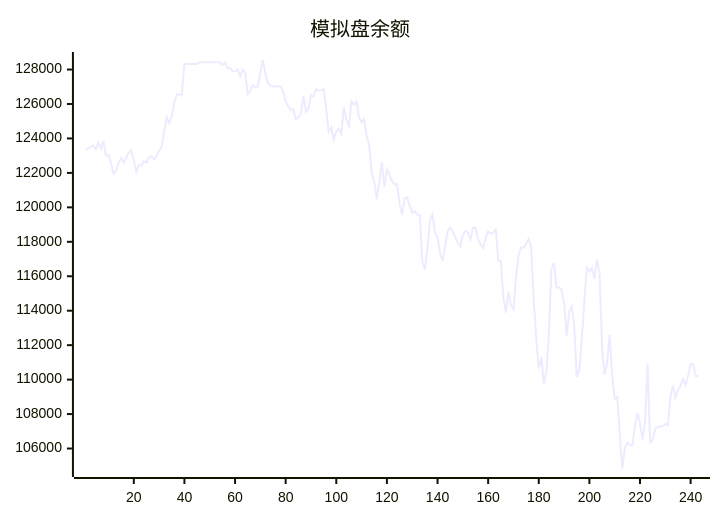
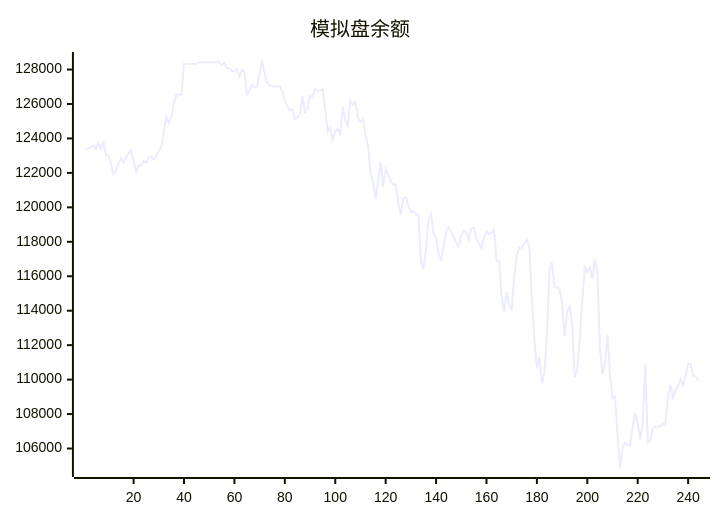
One commit to aahl/ai-trading changed the diagram in README.md. Above: the diagram before and after it, drawn with Mermaid. The commit also changed other lines of this file and 1 other file, not shown here.

````diff
--- a/README.md
+++ b/README.md
@@ -5,5 +5,5 @@
 ```mermaid
 xychart
     title "模拟盘余额"
-    line [123338,123402,123530,123592,123378,123745,123413,123853,123009,123040,122557,121938,122095,122599,122856,122597,122898,123160,123319,122719,122087,122454,122416,122685,122592,122907,122961,122776,122981,123295,123507,124403,125224,124894,125303,126088,126544,126534,126549,128335,128318,128318,128318,128318,128318,128424,128424,128424,128424,128424,128424,128424,128424,128424,128247,128412,128062,128087,127917,127901,128026,127611,128000,127850,126572,126770,127100,126971,127029,127783,128554,127765,127224,127064,127044,127009,127025,127004,126738,126152,125871,125635,125707,125117,125217,125420,126480,125545,125715,126511,126424,126856,126764,126788,126890,125710,124381,124632,123936,124402,124574,124256,125833,125070,124739,126154,125966,126145,125213,124943,125143,124157,123604,121959,121476,120476,121470,122610,121201,122221,121889,121522,121332,121344,120232,119559,120513,120577,120108,119680,119777,119572,119568,116839,116392,117573,119250,119585,118469,118277,117338,116897,117706,118628,118849,118579,118280,117926,117735,118373,118639,118544,118136,118798,118819,118162,117874,117649,118215,118601,118463,118517,118713,116911,116899,114798,113887,115084,114313,114091,115934,117221,117658,117658,117883,118164,117693,114632,112403,110644,111313,109777,110444,112673,116419,116772,115355,115355,115198,114476,112510,113954,114276,113223,110151,110561,112361,114562,116522,116265,116500,115845,117000,116199,111887,110306,110942,112588,110318,108891,109011,106814,104811,106038,106327,106201,106180,107315,108068,107463,106528,107530,110941,106346,106482,107161,107268,107270,107302,107426,107340,108985,109681,108962,109404,109645,110030,109680,110214,110918,110897,110215,110212]
+    line [123338,123402,123530,123592,123378,123745,123413,123853,123009,123040,122557,121938,122095,122599,122856,122597,122898,123160,123319,122719,122087,122454,122416,122685,122592,122907,122961,122776,122981,123295,123507,124403,125224,124894,125303,126088,126544,126534,126549,128335,128318,128318,128318,128318,128318,128424,128424,128424,128424,128424,128424,128424,128424,128424,128247,128412,128062,128087,127917,127901,128026,127611,128000,127850,126572,126770,127100,126971,127029,127783,128554,127765,127224,127064,127044,127009,127025,127004,126738,126152,125871,125635,125707,125117,125217,125420,126480,125545,125715,126511,126424,126856,126764,126788,126890,125710,124381,124632,123936,124402,124574,124256,125833,125070,124739,126154,125966,126145,125213,124943,125143,124157,123604,121959,121476,120476,121470,122610,121201,122221,121889,121522,121332,121344,120232,119559,120513,120577,120108,119680,119777,119572,119568,116839,116392,117573,119250,119585,118469,118277,117338,116897,117706,118628,118849,118579,118280,117926,117735,118373,118639,118544,118136,118798,118819,118162,117874,117649,118215,118601,118463,118517,118713,116911,116899,114798,113887,115084,114313,114091,115934,117221,117658,117658,117883,118164,117693,114632,112403,110644,111313,109777,110444,112673,116419,116772,115355,115355,115198,114476,112510,113954,114276,113223,110151,110561,112361,114562,116522,116265,116500,115845,117000,116199,111887,110306,110942,112588,110318,108891,109011,106814,104811,106038,106327,106201,106180,107315,108068,107463,106528,107530,110941,106346,106482,107161,107268,107270,107302,107426,107340,108985,109681,108962,109404,109645,110030,109680,110214,110918,110897,110215,110212,109962]
 ```
````
